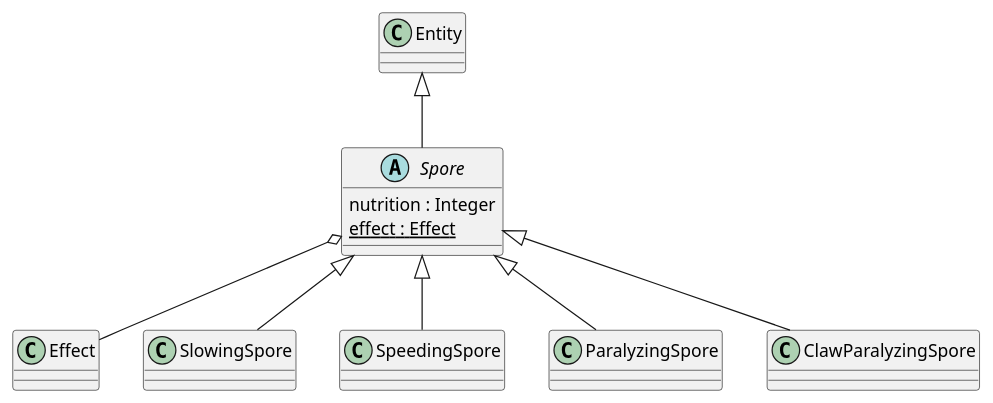
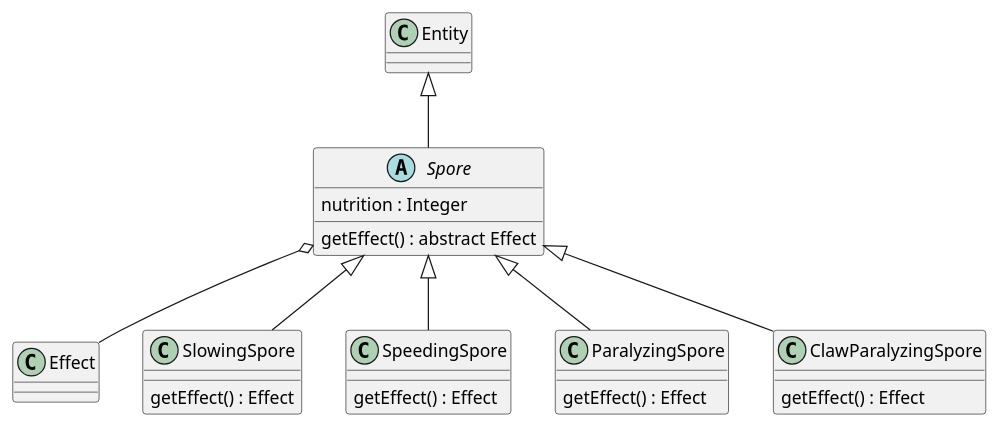
The diagram in 3/classes/spore.puml (Petya-G/fungorium), drawn with PlantUML before and after one commit. The commit also changed 8 other files, not shown here.

```diff
--- a/3/classes/spore.puml
+++ b/3/classes/spore.puml
@@ -1,26 +1,31 @@
 @startuml spore
 
 Entity <|-- Spore
 Spore o-- Effect
 
 abstract class Spore{
     nutrition : Integer
-    {static} effect : Effect
+
+    getEffect() : abstract Effect
 }
 
 Spore <|--SlowingSpore
 class SlowingSpore{
+    getEffect() : Effect
 }
 
 Spore <|--SpeedingSpore
 class SpeedingSpore{
+    getEffect() : Effect
 }
 
 Spore <|--ParalyzingSpore
 class ParalyzingSpore{
+    getEffect() : Effect
 }
 
 Spore <|--ClawParalyzingSpore
 class ClawParalyzingSpore{
+    getEffect() : Effect
 }
 @enduml	
```
